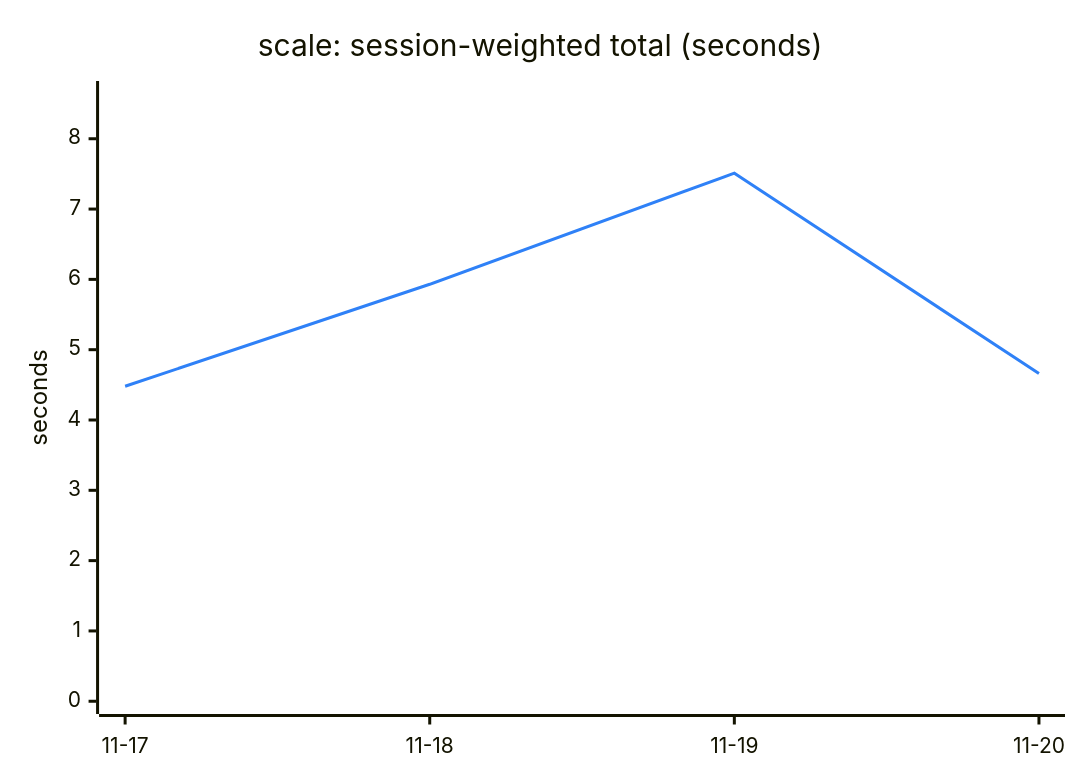
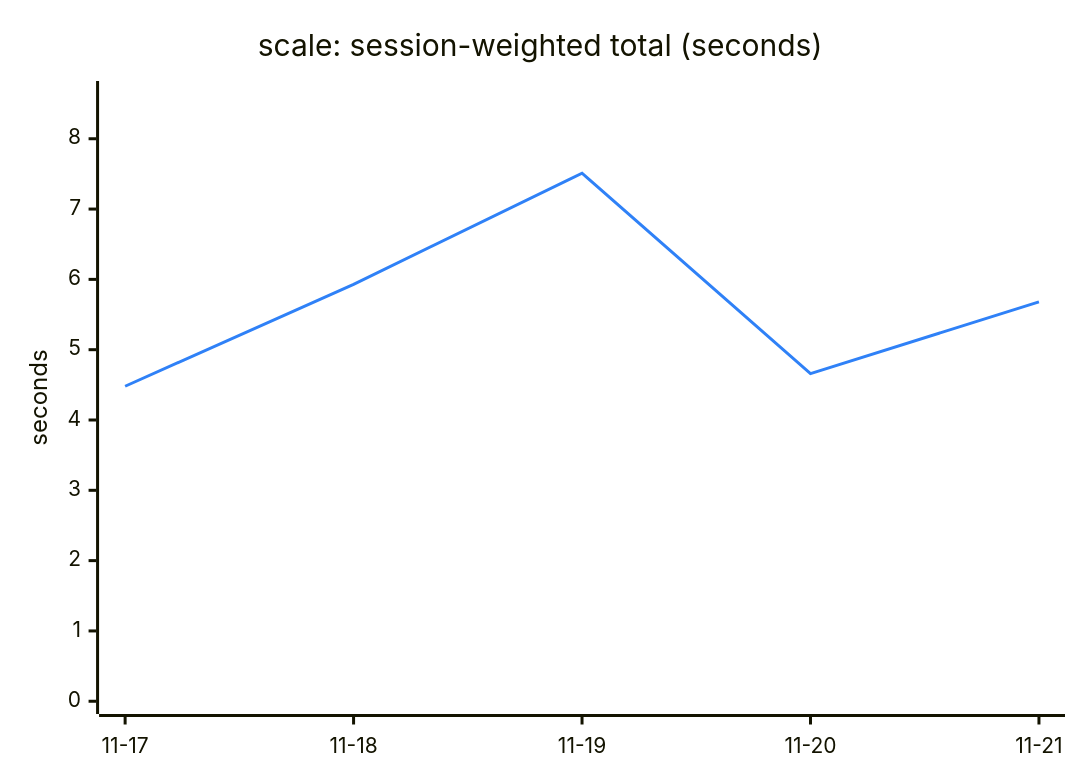
The third of 6 diagrams in TREND.md (Ricovl/mxcli), drawn with Mermaid before and after one commit. The commit also changed other lines of this file and 2 other files, not shown here.

````diff
--- a/TREND.md
+++ b/TREND.md
@@ -83,13 +83,13 @@
 ```mermaid
 ---
 config:
   themeVariables:
     xyChart:
       plotColorPalette: "#2f81f7"
 ---
 xychart-beta
     title "scale: session-weighted total (seconds)"
-    x-axis ["11-17", "11-18", "11-19", "11-20"]
+    x-axis ["11-17", "11-18", "11-19", "11-20", "11-21"]
     y-axis "seconds" 0 --> 8.64
-    line [4.48, 5.93, 7.51, 4.66]
+    line [4.48, 5.93, 7.51, 4.66, 5.68]
 ```
````
